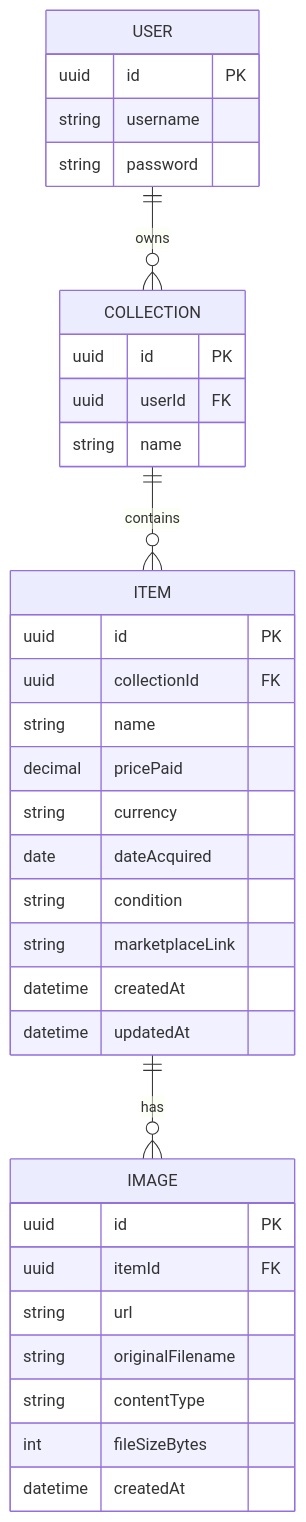
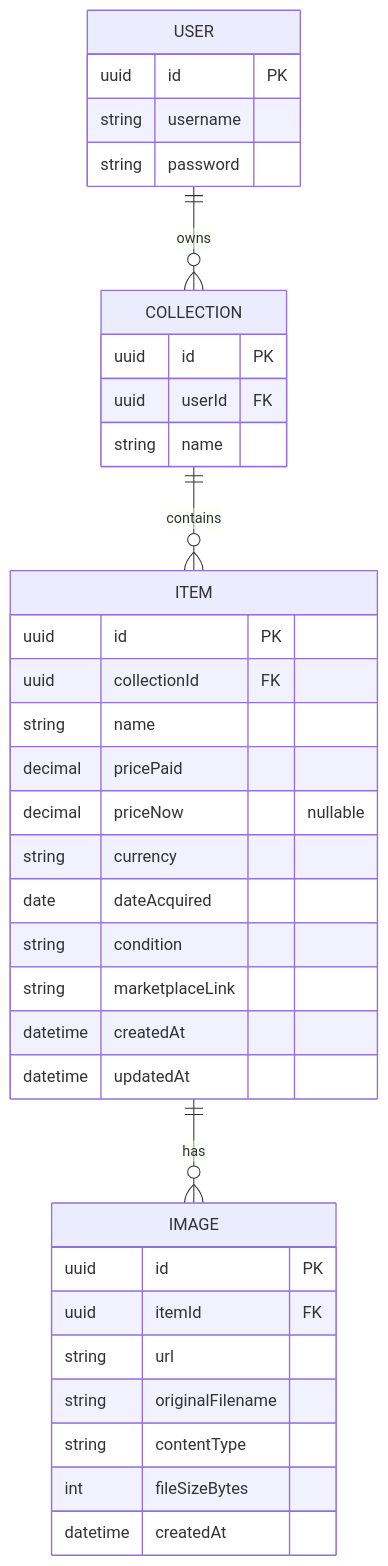
The diagram in database/data-model-mvp.md (MarcoSchoch1/pack-rat-docs), drawn with Mermaid before and after one commit. The commit also changed other lines of this file and 4 other files, not shown here.

Commit message:
docs: ADR-17: decide on priceNow for the user if he hants to set a current market value for the Item

````diff
--- a/database/data-model-mvp.md
+++ b/database/data-model-mvp.md
@@ -5,37 +5,38 @@
 ```mermaid
 erDiagram
   USER ||--o{ COLLECTION : owns
   COLLECTION ||--o{ ITEM : contains
   ITEM ||--o{ IMAGE : has
   USER {
     uuid id PK
     string username
     string password
   }
   COLLECTION {
     uuid id PK
     uuid userId FK
     string name
   }
   ITEM {
     uuid id PK
     uuid collectionId FK
     string name
     decimal pricePaid
+    decimal priceNow "nullable"
     string currency
     date dateAcquired
     string condition
     string marketplaceLink
     datetime createdAt
     datetime updatedAt
   }
   IMAGE {
     uuid id PK
     uuid itemId FK
     string url
     string originalFilename
     string contentType
     int fileSizeBytes
     datetime createdAt
   }
 ```
````
